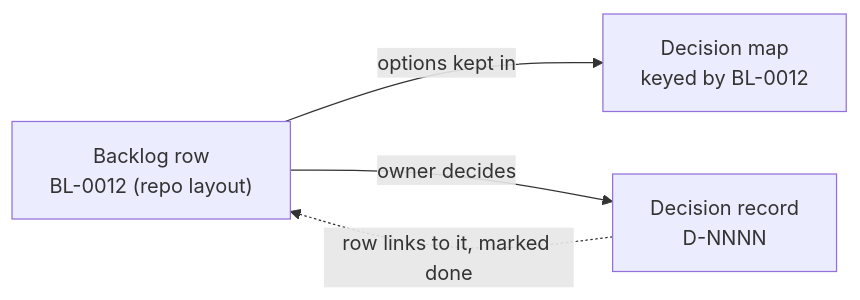
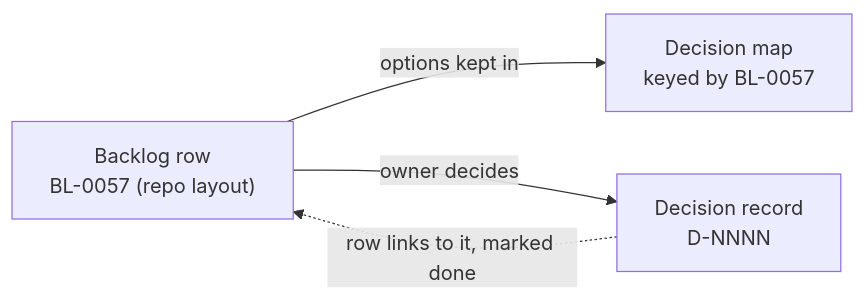
One commit to jonhill90/central-hub changed the diagram in docs/decisions/0020-number-backlog-items-bl-nnnn.md. Above: the diagram before and after it, drawn with Mermaid. The commit also changed other lines of this file and 5 other files, not shown here.

````diff
--- a/docs/decisions/0020-number-backlog-items-bl-nnnn.md
+++ b/docs/decisions/0020-number-backlog-items-bl-nnnn.md
@@ -63,6 +63,6 @@
 ```mermaid
 flowchart LR
-  B["Backlog row<br/>BL-0012 (repo layout)"] -->|options kept in| M["Decision map<br/>keyed by BL-0012"]
+  B["Backlog row<br/>BL-0057 (repo layout)"] -->|options kept in| M["Decision map<br/>keyed by BL-0057"]
   B -->|owner decides| D["Decision record<br/>D-NNNN"]
   D -.->|row links to it, marked done| B
 ```
````
